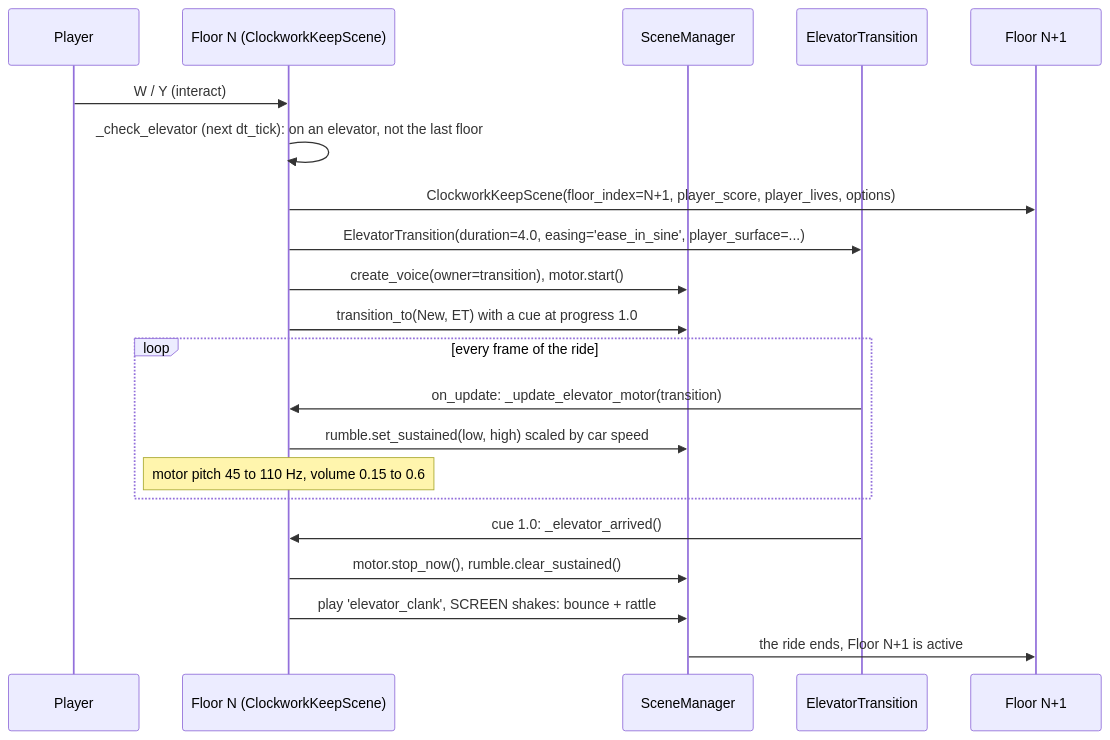
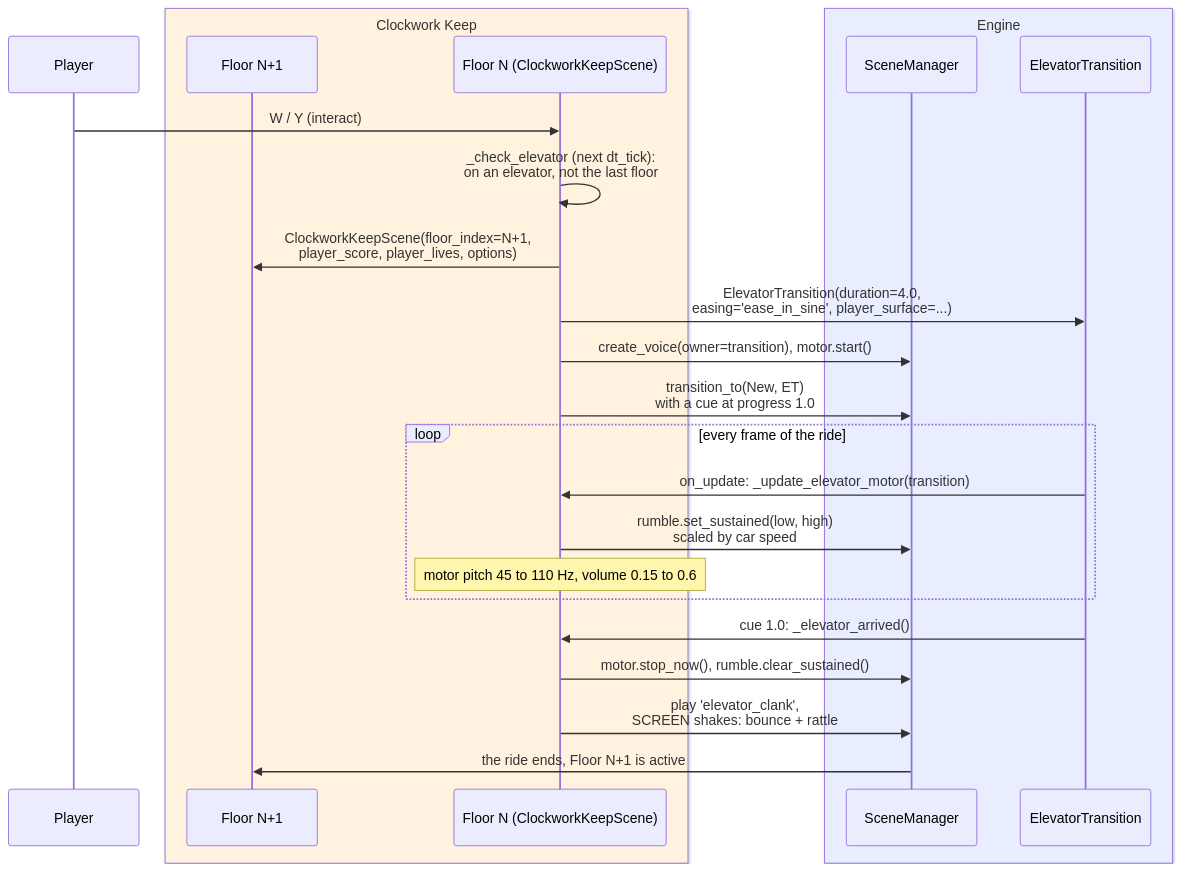
The fifth of 6 diagrams in docs/games/clockwork_keep.md (terrysimons/glitchygames), drawn with Mermaid before and after one commit. The commit also changed other lines of this file and 5 other files, not shown here.

First line of the commit message:
Docs: every diagram that mixes engine and game code shows the split

````diff
--- a/docs/games/clockwork_keep.md
+++ b/docs/games/clockwork_keep.md
@@ -405,24 +462,28 @@
 ```mermaid
 sequenceDiagram
     participant P as Player
-    participant Old as Floor N (ClockworkKeepScene)
-    participant SM as SceneManager
-    participant ET as ElevatorTransition
-    participant New as Floor N+1
+    box rgb(255,243,224) Clockwork Keep
+        participant New as Floor N+1
+        participant Old as Floor N (ClockworkKeepScene)
+    end
+    box rgb(232,238,255) Engine
+        participant SM as SceneManager
+        participant ET as ElevatorTransition
+    end
 
     P->>Old: W / Y (interact)
-    Old->>Old: _check_elevator (next dt_tick): on an elevator, not the last floor
-    Old->>New: ClockworkKeepScene(floor_index=N+1, player_score, player_lives, options)
-    Old->>ET: ElevatorTransition(duration=4.0, easing='ease_in_sine', player_surface=...)
+    Old->>Old: _check_elevator (next dt_tick):<br/>on an elevator, not the last floor
+    Old->>New: ClockworkKeepScene(floor_index=N+1,<br/>player_score, player_lives, options)
+    Old->>ET: ElevatorTransition(duration=4.0,<br/>easing='ease_in_sine', player_surface=...)
     Old->>SM: create_voice(owner=transition), motor.start()
-    Old->>SM: transition_to(New, ET) with a cue at progress 1.0
+    Old->>SM: transition_to(New, ET)<br/>with a cue at progress 1.0
     loop every frame of the ride
         ET->>Old: on_update: _update_elevator_motor(transition)
-        Old->>SM: rumble.set_sustained(low, high) scaled by car speed
+        Old->>SM: rumble.set_sustained(low, high)<br/>scaled by car speed
         Note over Old: motor pitch 45 to 110 Hz, volume 0.15 to 0.6
     end
     ET->>Old: cue 1.0: _elevator_arrived()
     Old->>SM: motor.stop_now(), rumble.clear_sustained()
-    Old->>SM: play 'elevator_clank', SCREEN shakes: bounce + rattle
+    Old->>SM: play 'elevator_clank',<br/>SCREEN shakes: bounce + rattle
     SM->>New: the ride ends, Floor N+1 is active
 ```
````
